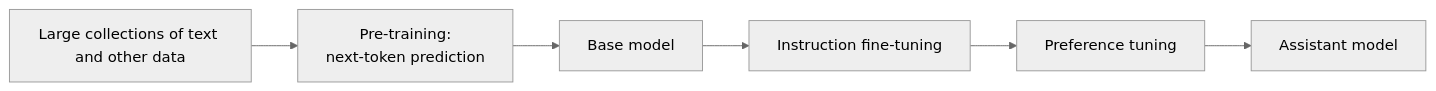
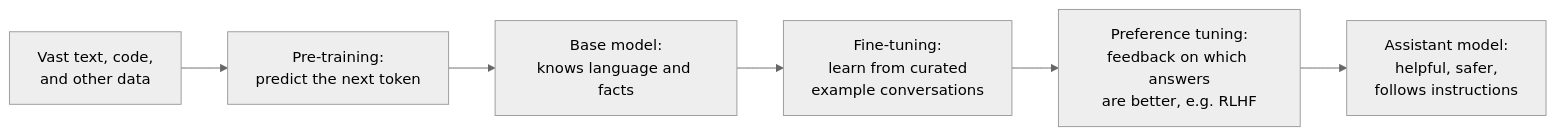
The second of 4 diagrams in Main/study-guide/V2.0/chapter-3-how-artificial-intelligence-works/how-artificial-intelligence-works.md (benngiiii/BABI-GULING), drawn with Mermaid (neutral theme) before and after one commit. The commit also changed other lines of this file and 56 other files, not shown here.

````diff
--- a/Main/study-guide/V2.0/chapter-3-how-artificial-intelligence-works/how-artificial-intelligence-works.md
+++ b/Main/study-guide/V2.0/chapter-3-how-artificial-intelligence-works/how-artificial-intelligence-works.md
@@ -893,10 +393,10 @@
 ```mermaid
 flowchart LR
-    A["Large collections of text and other data"]
-    B["Pre-training:<br/>next-token prediction"]
-    C["Base model"]
-    D["Instruction fine-tuning"]
-    E["Preference tuning"]
-    F["Assistant model"]
+    A["Vast text, code,<br/>and other data"]
+    B["Pre-training:<br/>predict the next token"]
+    C["Base model:<br/>knows language and facts"]
+    D["Fine-tuning:<br/>learn from curated<br/>example conversations"]
+    E["Preference tuning:<br/>feedback on which answers<br/>are better, e.g. RLHF"]
+    F["Assistant model:<br/>helpful, safer,<br/>follows instructions"]
     A --> B --> C --> D --> E --> F
 ```
````
